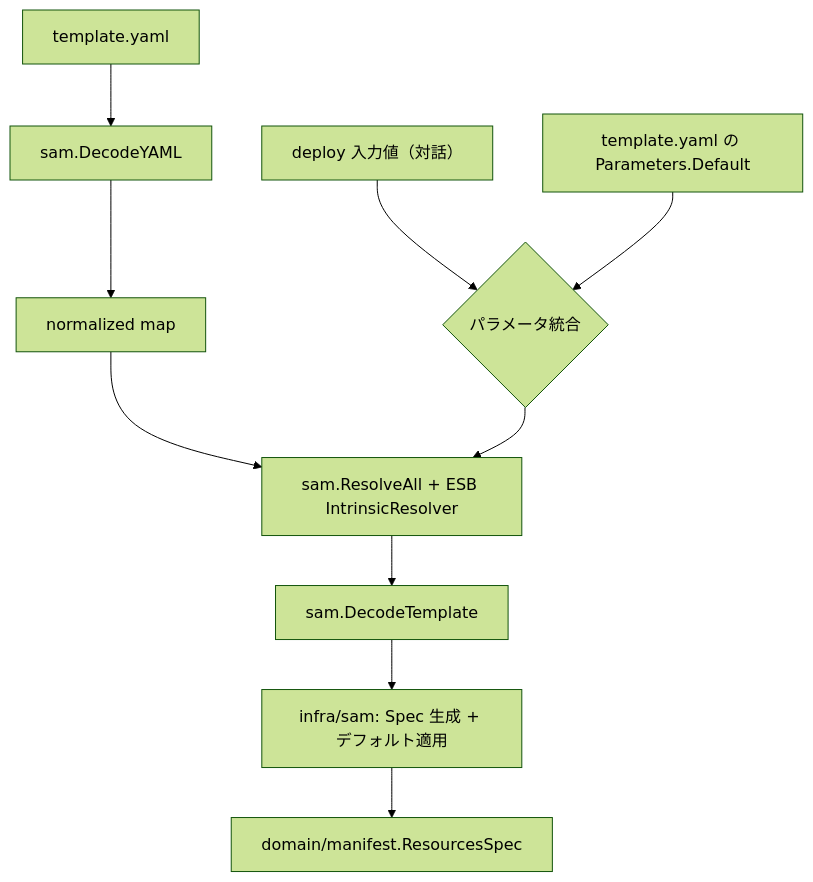
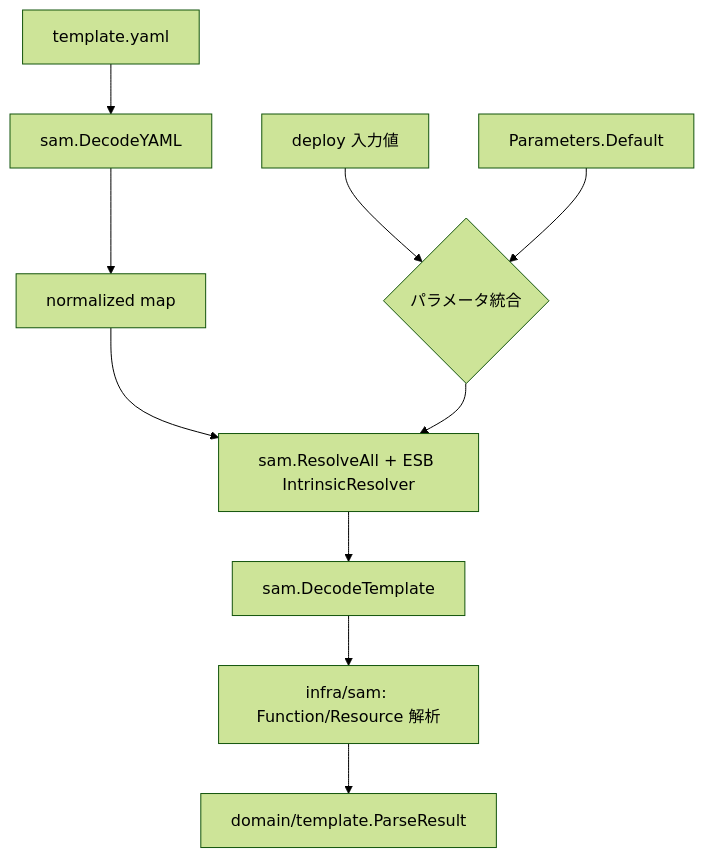
The diagram in docs/sam-parsing-architecture.md (poruru-code/esb-cli), drawn with Mermaid (forest theme) before and after one commit. The commit also changed other lines of this file and 6 other files, not shown here.

````diff
--- a/docs/sam-parsing-architecture.md
+++ b/docs/sam-parsing-architecture.md
@@ -27,13 +26,13 @@
 ```mermaid
 graph TD
     A[template.yaml] --> B[sam.DecodeYAML]
     B --> C[normalized map]
     C --> D[sam.ResolveAll + ESB IntrinsicResolver]
     D --> E[sam.DecodeTemplate]
-    E --> F[infra/sam: Spec 生成 + デフォルト適用]
-    F --> G[domain/manifest.ResourcesSpec]
+    E --> F[infra/sam: Function/Resource 解析]
+    F --> G[domain/template.ParseResult]
 
-    P1[deploy 入力値（対話）] --> P_MERGE{パラメータ統合}
-    P2[template.yaml の Parameters.Default] --> P_MERGE
+    P1[deploy 入力値] --> P_MERGE{パラメータ統合}
+    P2[Parameters.Default] --> P_MERGE
     P_MERGE --> D
 ```
````
